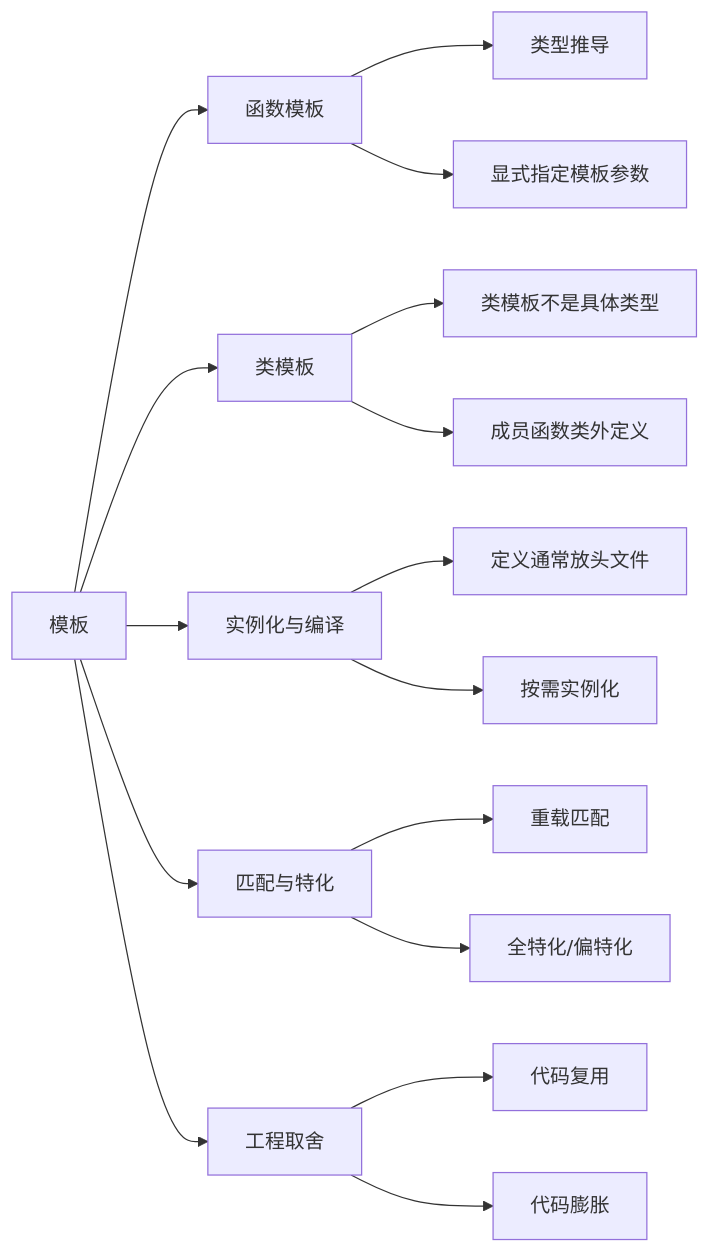
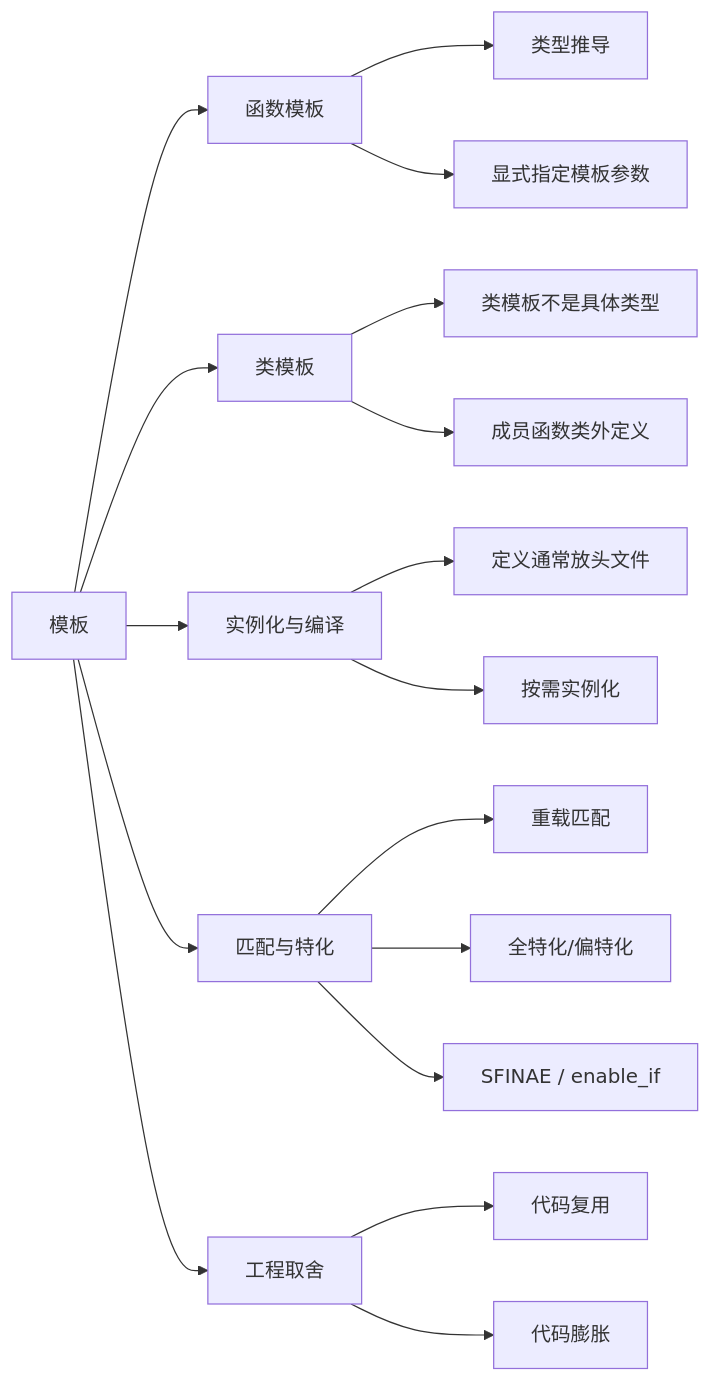
Before and after one commit to Elio265/Knowledge-Base: the diagram in obsidian-cpp-kb/01-C++/模板.md, drawn with Mermaid. The commit also changed other lines of this file and 9 other files, not shown here.

````diff
--- a/obsidian-cpp-kb/01-C++/模板.md
+++ b/obsidian-cpp-kb/01-C++/模板.md
@@ -16,23 +16,24 @@
 ```mermaid
 flowchart LR
   A["模板"] --> B["函数模板"]
   A --> C["类模板"]
   A --> D["实例化与编译"]
   A --> E["匹配与特化"]
   A --> F["工程取舍"]
 
   B --> B1["类型推导"]
   B --> B2["显式指定模板参数"]
 
   C --> C1["类模板不是具体类型"]
   C --> C2["成员函数类外定义"]
 
   D --> D1["定义通常放头文件"]
   D --> D2["按需实例化"]
 
   E --> E1["重载匹配"]
   E --> E2["全特化/偏特化"]
+  E --> E3["SFINAE / enable_if"]
 
   F --> F1["代码复用"]
   F --> F2["代码膨胀"]
 ```
````
